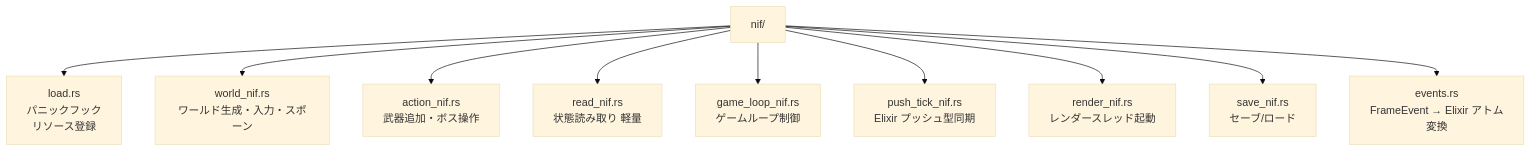
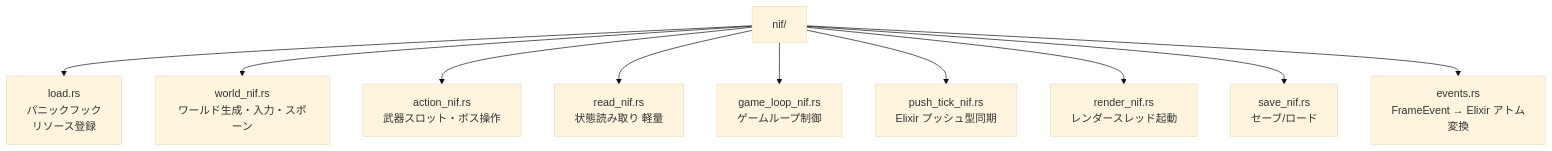
Before and after one commit to FRICK-ELDY/alchemy-engine: the seventh of 12 diagrams in docs/rust-layer.md, drawn with Mermaid (base theme). The commit also changed other lines of this file and 4 other files, not shown here.

````diff
--- a/docs/rust-layer.md
+++ b/docs/rust-layer.md
@@ -311,23 +322,23 @@
 ```mermaid
 graph TD
     NIF[nif/]
     LOAD[load.rs<br/>パニックフック<br/>リソース登録]
     WORLD[world_nif.rs<br/>ワールド生成・入力・スポーン]
-    ACTION[action_nif.rs<br/>武器追加・ボス操作]
+    ACTION[action_nif.rs<br/>武器スロット・ボス操作]
     READ[read_nif.rs<br/>状態読み取り 軽量]
     LOOP[game_loop_nif.rs<br/>ゲームループ制御]
     PUSH[push_tick_nif.rs<br/>Elixir プッシュ型同期]
     RENDER[render_nif.rs<br/>レンダースレッド起動]
     SAVE[save_nif.rs<br/>セーブ/ロード]
     EVENTS[events.rs<br/>FrameEvent → Elixir アトム変換]
 
     NIF --> LOAD
     NIF --> WORLD
     NIF --> ACTION
     NIF --> READ
     NIF --> LOOP
     NIF --> PUSH
     NIF --> RENDER
     NIF --> SAVE
     NIF --> EVENTS
 ```
````
